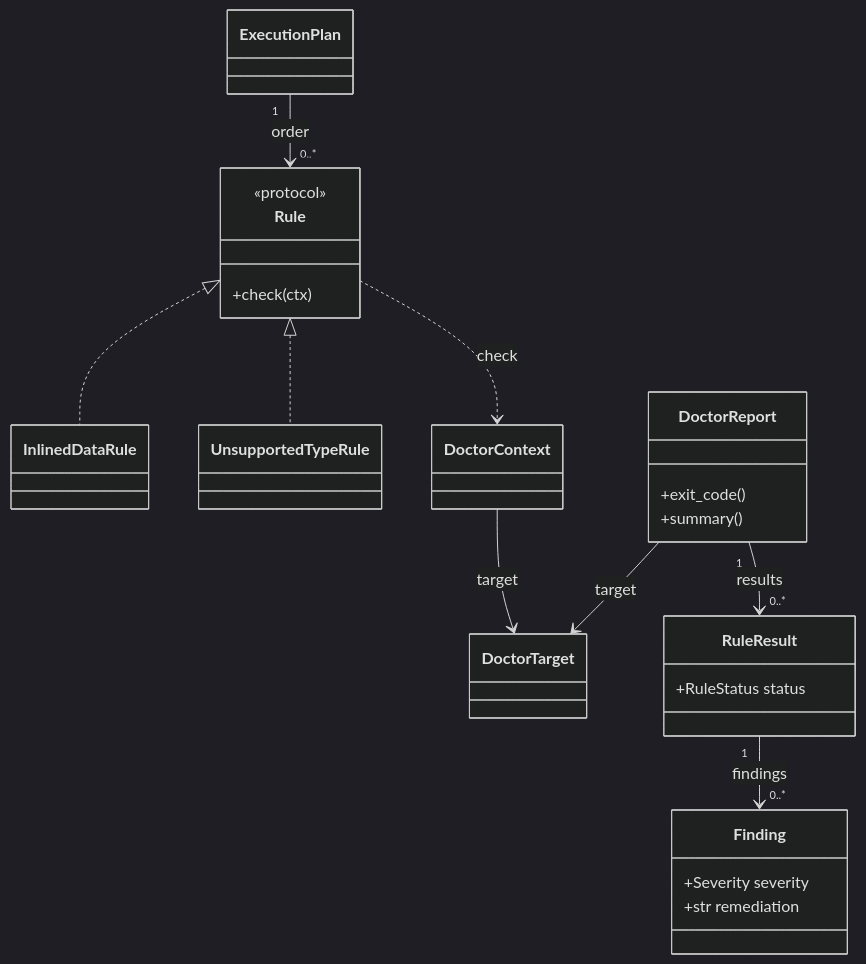
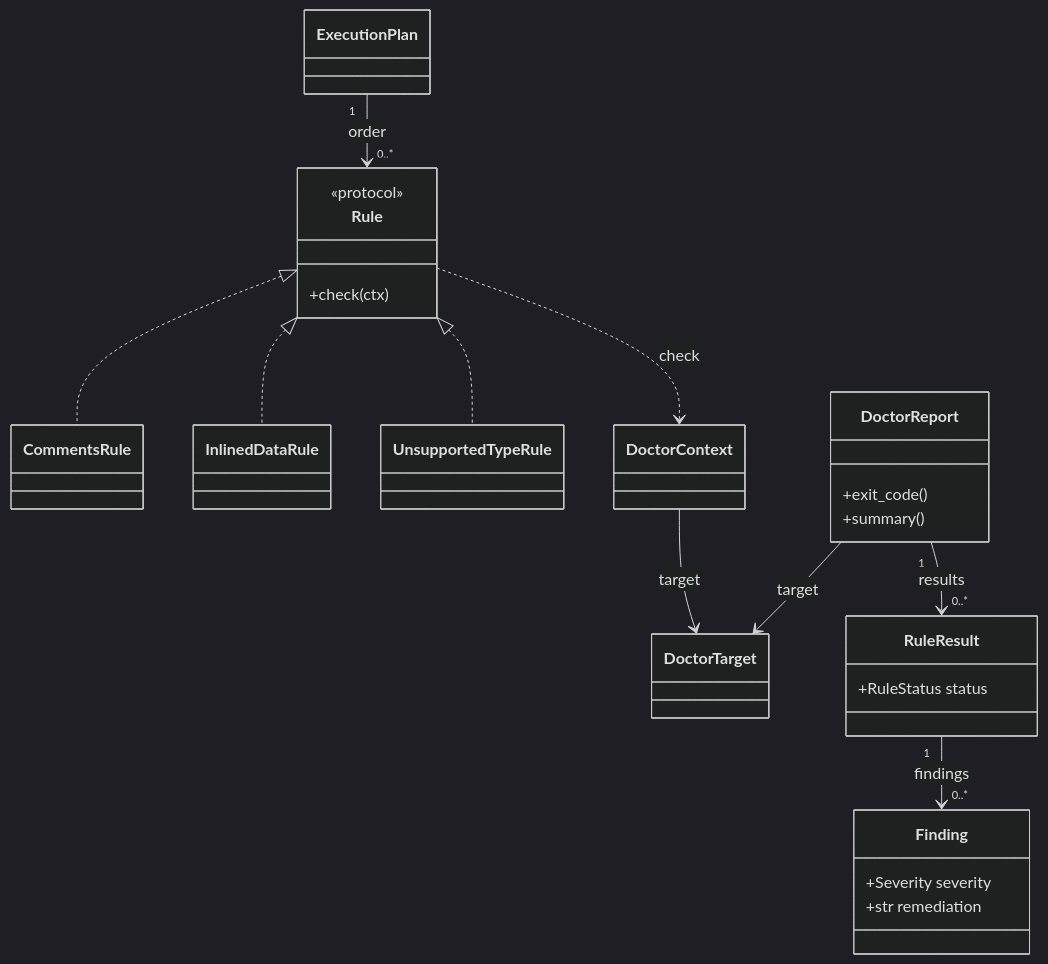
The second of 2 diagrams in docs/implementation.md (Didone/ducklake-iceberg), drawn with Mermaid (dark theme) before and after one commit. The commit also changed other lines of this file and 26 other files, not shown here.

````diff
--- a/docs/implementation.md
+++ b/docs/implementation.md
@@ -251,33 +251,35 @@
 ```mermaid
 classDiagram
     direction TB
     class Rule {
         <<protocol>>
         +check(ctx)
     }
+    class CommentsRule
     class InlinedDataRule
     class UnsupportedTypeRule
     class ExecutionPlan
     class DoctorContext
     class DoctorTarget
     class DoctorReport {
         +exit_code()
         +summary()
     }
     class RuleResult {
         +RuleStatus status
     }
     class Finding {
         +Severity severity
         +str remediation
     }
 
+    Rule <|.. CommentsRule
     Rule <|.. InlinedDataRule
     Rule <|.. UnsupportedTypeRule
     ExecutionPlan "1" --> "0..*" Rule : order
     Rule ..> DoctorContext : check
     DoctorContext --> DoctorTarget : target
     DoctorReport --> DoctorTarget : target
     DoctorReport "1" --> "0..*" RuleResult : results
     RuleResult "1" --> "0..*" Finding : findings
 ```
````
